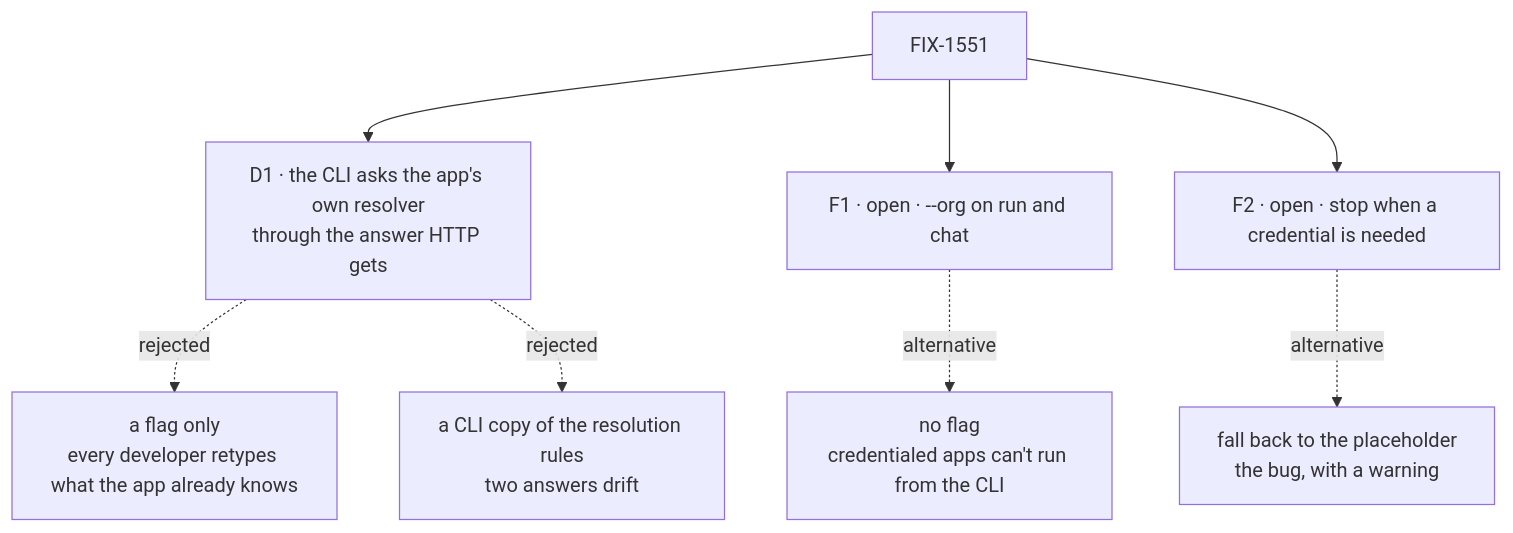
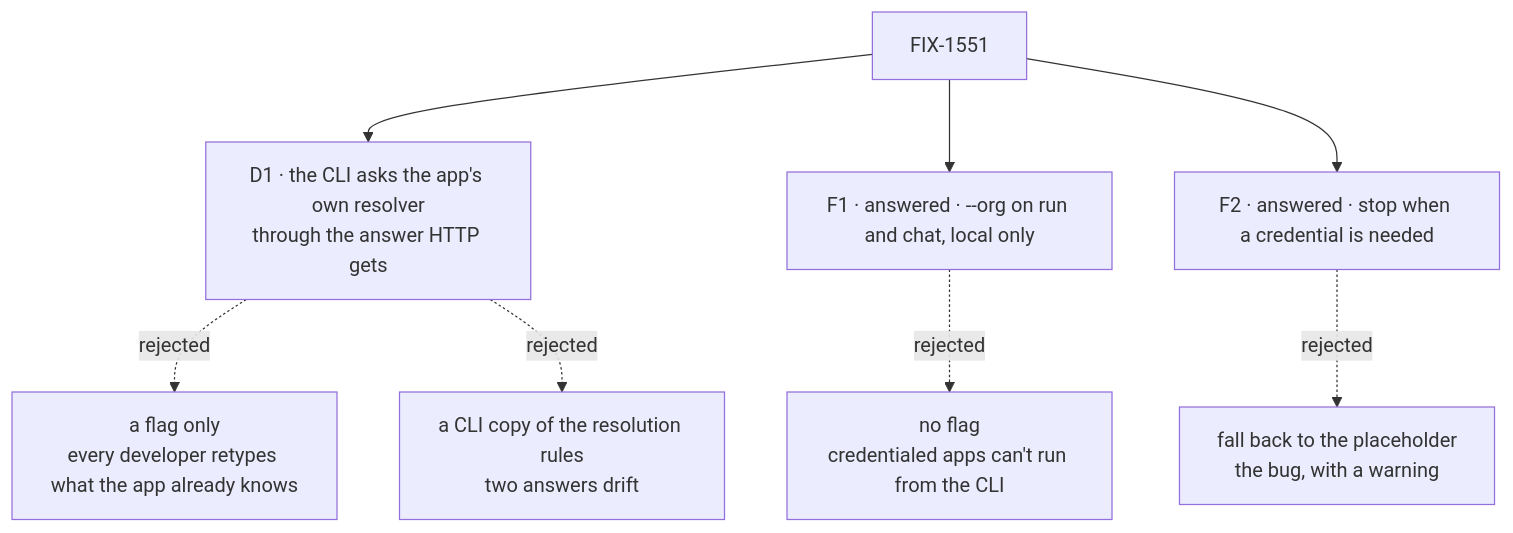
Before and after one commit to fixpoint-labs/flow-state-dev: the diagram in specs/issues/FIX-1551/DECISIONS.md, drawn with Mermaid. The commit also changed other lines of this file and 4 other files, not shown here.

````diff
--- a/specs/issues/FIX-1551/DECISIONS.md
+++ b/specs/issues/FIX-1551/DECISIONS.md
@@ -10,10 +10,10 @@
 ```mermaid
 flowchart TD
   I["FIX-1551"] --> D1["D1 · the CLI asks the app's own resolver<br/>through the answer HTTP gets"]
   D1 -.->|"rejected"| X1["a flag only<br/>every developer retypes what the app already knows"]
   D1 -.->|"rejected"| X2["a CLI copy of the resolution rules<br/>two answers drift"]
-  I --> F1["F1 · open · --org on run and chat"]
-  F1 -.->|"alternative"| Y1["no flag<br/>credentialed apps can't run from the CLI"]
-  I --> F2["F2 · open · stop when a credential is needed"]
-  F2 -.->|"alternative"| Y2["fall back to the placeholder<br/>the bug, with a warning"]
+  I --> F1["F1 · answered · --org on run and chat, local only"]
+  F1 -.->|"rejected"| Y1["no flag<br/>credentialed apps can't run from the CLI"]
+  I --> F2["F2 · answered · stop when a credential is needed"]
+  F2 -.->|"rejected"| Y2["fall back to the placeholder<br/>the bug, with a warning"]
 ```
````
